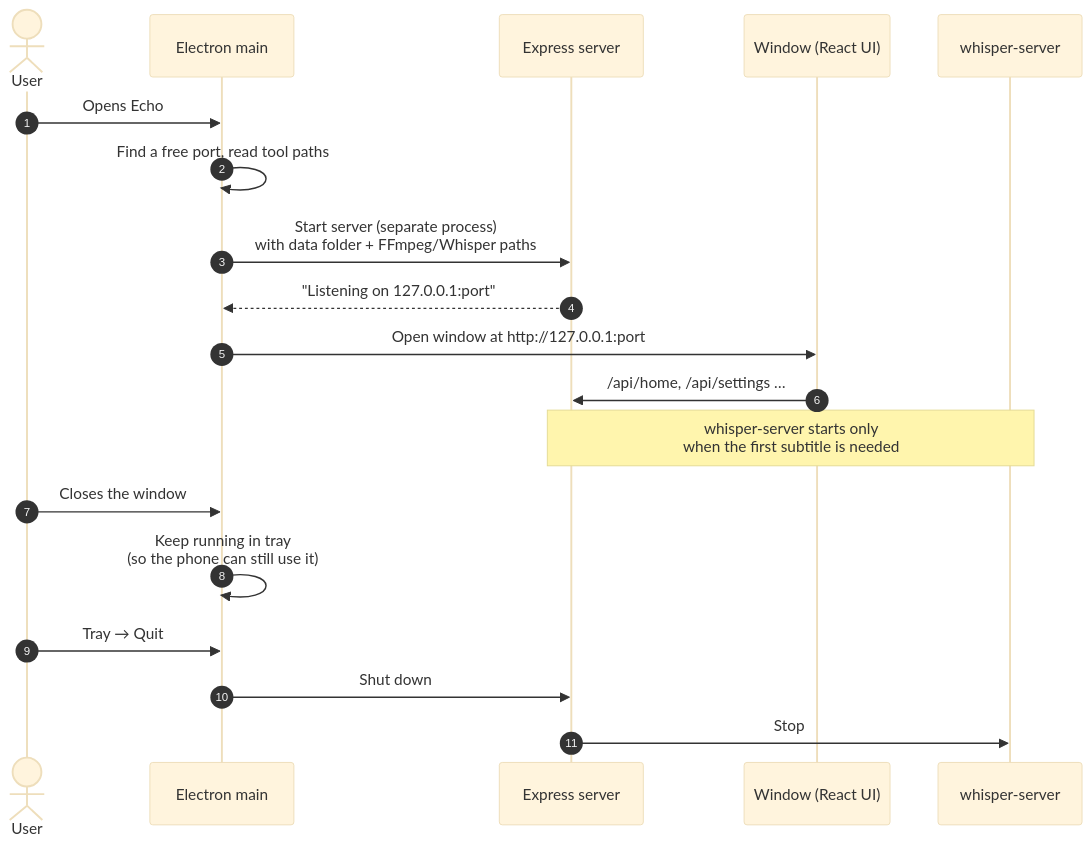
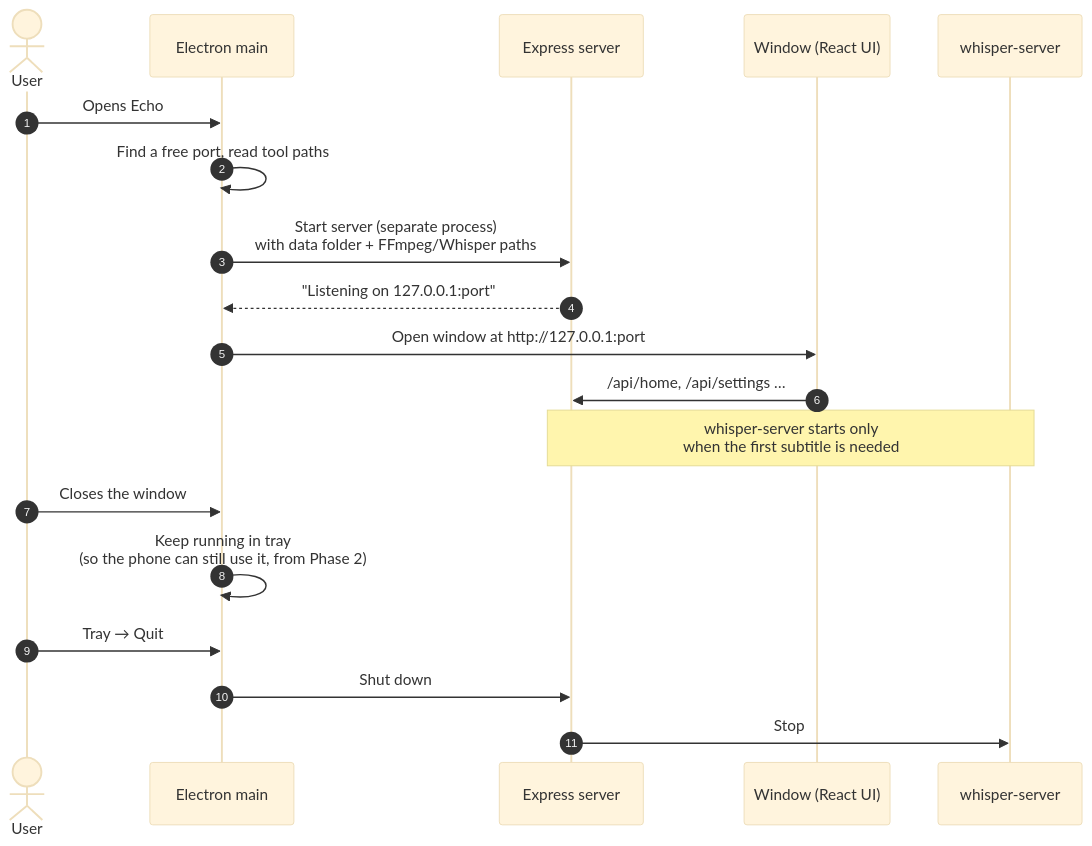
The fifth of 21 diagrams in PLAN.md (PrathameshBelvalkar/web-asmrone), drawn with Mermaid (base theme) before and after one commit. The commit also changed other lines of this file, not shown here.

````diff
--- a/PLAN.md
+++ b/PLAN.md
@@ -288,22 +282,22 @@
 ```mermaid
 sequenceDiagram
     autonumber
     actor U as User
     participant M as Electron main
     participant S as Express server
     participant W as Window (React UI)
     participant WS as whisper-server
 
     U->>M: Opens Echo
     M->>M: Find a free port, read tool paths
     M->>S: Start server (separate process)<br/>with data folder + FFmpeg/Whisper paths
     S-->>M: "Listening on 127.0.0.1:port"
     M->>W: Open window at http://127.0.0.1:port
     W->>S: /api/home, /api/settings …
     Note over S,WS: whisper-server starts only<br/>when the first subtitle is needed
     U->>M: Closes the window
-    M->>M: Keep running in tray<br/>(so the phone can still use it)
+    M->>M: Keep running in tray<br/>(so the phone can still use it, from Phase 2)
     U->>M: Tray → Quit
     M->>S: Shut down
     S->>WS: Stop
 ```
````
